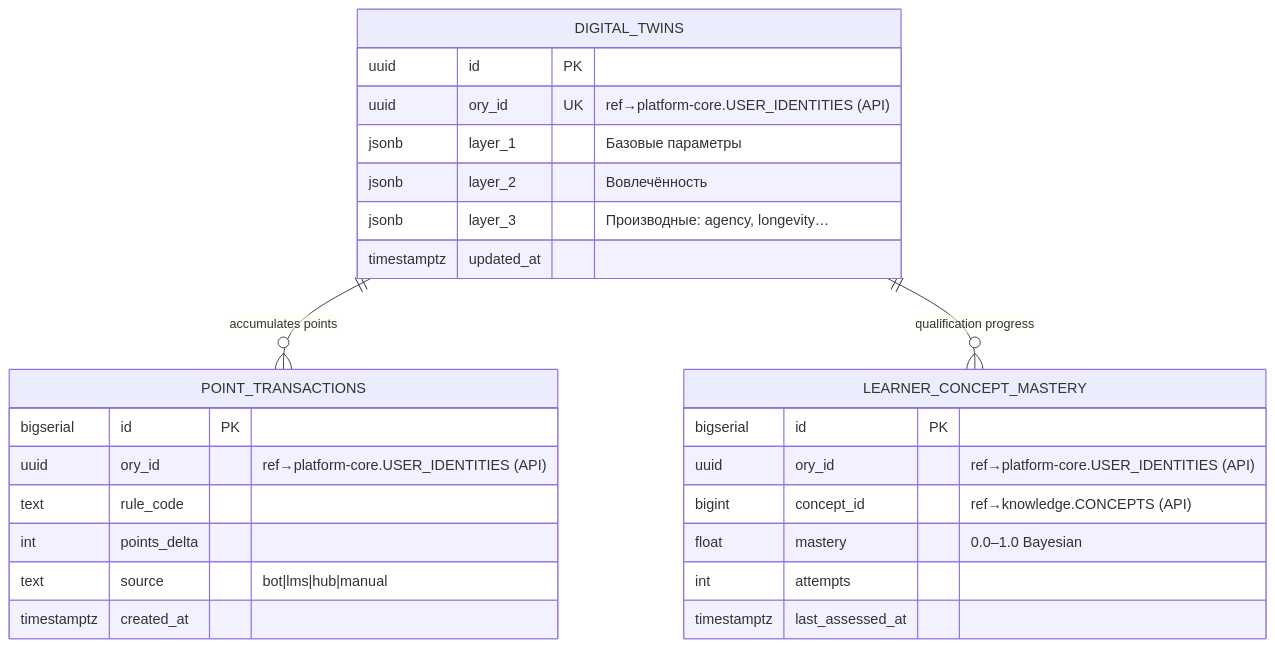
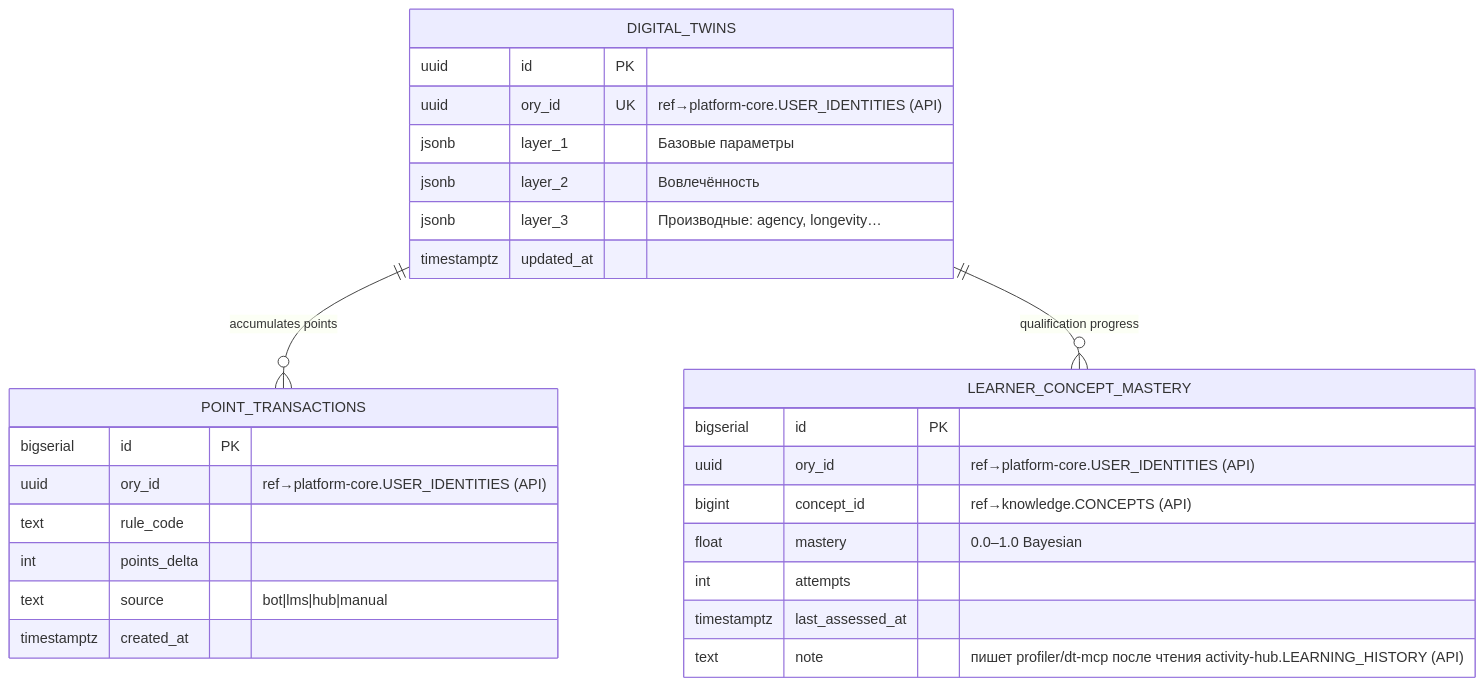
Before and after one commit to TserenTserenov/PACK-digital-platform: the third of 8 diagrams in pack/digital-platform/02-domain-entities/DP.ARCH.004-neon-data-architecture.md, drawn with Mermaid. The commit also changed other lines of this file, not shown here.

First line of the commit message:
refactor(dp.arch.004): resolve architecture review findings

````diff
--- a/pack/digital-platform/02-domain-entities/DP.ARCH.004-neon-data-architecture.md
+++ b/pack/digital-platform/02-domain-entities/DP.ARCH.004-neon-data-architecture.md
@@ -243,32 +271,33 @@
 ```mermaid
 erDiagram
     DIGITAL_TWINS {
         uuid        id              PK
         uuid        ory_id          UK  "ref→platform-core.USER_IDENTITIES (API)"
         jsonb       layer_1         "Базовые параметры"
         jsonb       layer_2         "Вовлечённость"
         jsonb       layer_3         "Производные: agency, longevity…"
         timestamptz updated_at
     }
 
     POINT_TRANSACTIONS {
         bigserial   id              PK
         uuid        ory_id          "ref→platform-core.USER_IDENTITIES (API)"
         text        rule_code
         int         points_delta
         text        source          "bot|lms|hub|manual"
         timestamptz created_at
     }
 
     LEARNER_CONCEPT_MASTERY {
         bigserial   id              PK
         uuid        ory_id          "ref→platform-core.USER_IDENTITIES (API)"
         bigint      concept_id      "ref→knowledge.CONCEPTS (API)"
         float       mastery         "0.0–1.0 Bayesian"
         int         attempts
         timestamptz last_assessed_at
+        text        note            "пишет profiler/dt-mcp после чтения activity-hub.LEARNING_HISTORY (API)"
     }
 
     DIGITAL_TWINS ||--o{ POINT_TRANSACTIONS : "accumulates points"
     DIGITAL_TWINS ||--o{ LEARNER_CONCEPT_MASTERY : "qualification progress"
 ```
````
